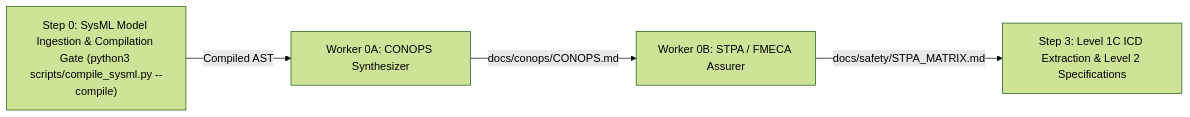
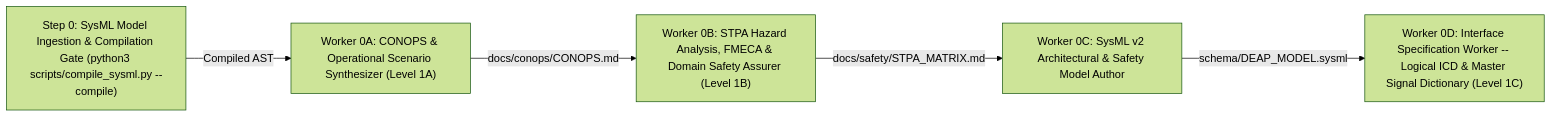
The first of 2 diagrams in README.md (gintatkinson/DEAP01-spec-core), drawn with Mermaid (forest theme) before and after one commit. The commit also changed other lines of this file and 4 other files, not shown here.

````diff
--- a/README.md
+++ b/README.md
@@ -504,7 +504,8 @@
 ```mermaid
 flowchart LR
     Step0["Step 0: SysML Model Ingestion & Compilation Gate (python3 scripts/compile_sysml.py --compile)"]
-    Step0 -->|"Compiled AST"| Worker_0A["Worker 0A: CONOPS Synthesizer"]
-    Worker_0A -->|"docs/conops/CONOPS.md"| Worker_0B["Worker 0B: STPA / FMECA Assurer"]
-    Worker_0B -->|"docs/safety/STPA_MATRIX.md"| Step3["Step 3: Level 1C ICD Extraction & Level 2 Specifications"]
+    Step0 -->|"Compiled AST"| Worker_0A["Worker 0A: CONOPS & Operational Scenario Synthesizer (Level 1A)"]
+    Worker_0A -->|"docs/conops/CONOPS.md"| Worker_0B["Worker 0B: STPA Hazard Analysis, FMECA & Domain Safety Assurer (Level 1B)"]
+    Worker_0B -->|"docs/safety/STPA_MATRIX.md"| Worker_0C["Worker 0C: SysML v2 Architectural & Safety Model Author"]
+    Worker_0C -->|"schema/DEAP_MODEL.sysml"| Worker_0D["Worker 0D: Interface Specification Worker -- Logical ICD & Master Signal Dictionary (Level 1C)"]
 ```
````
